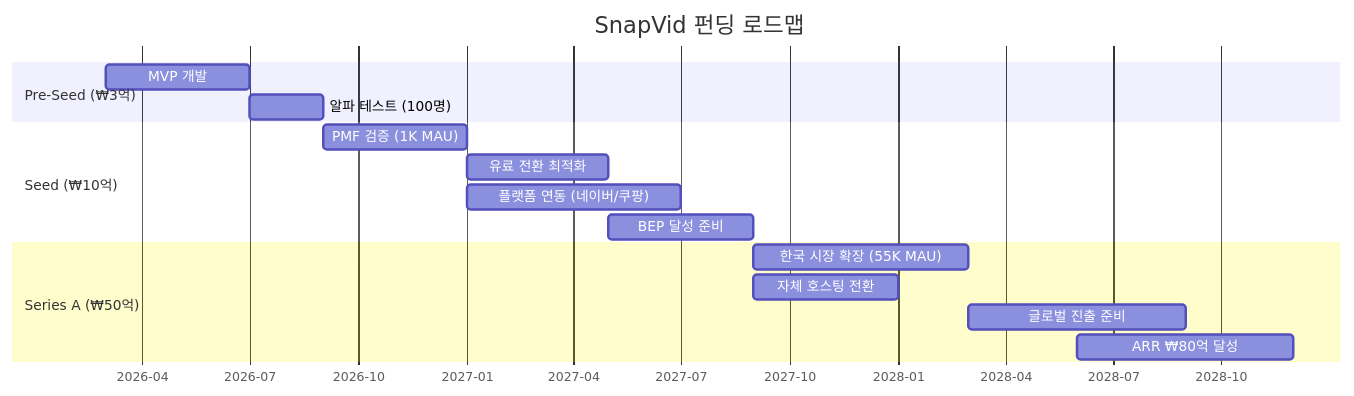
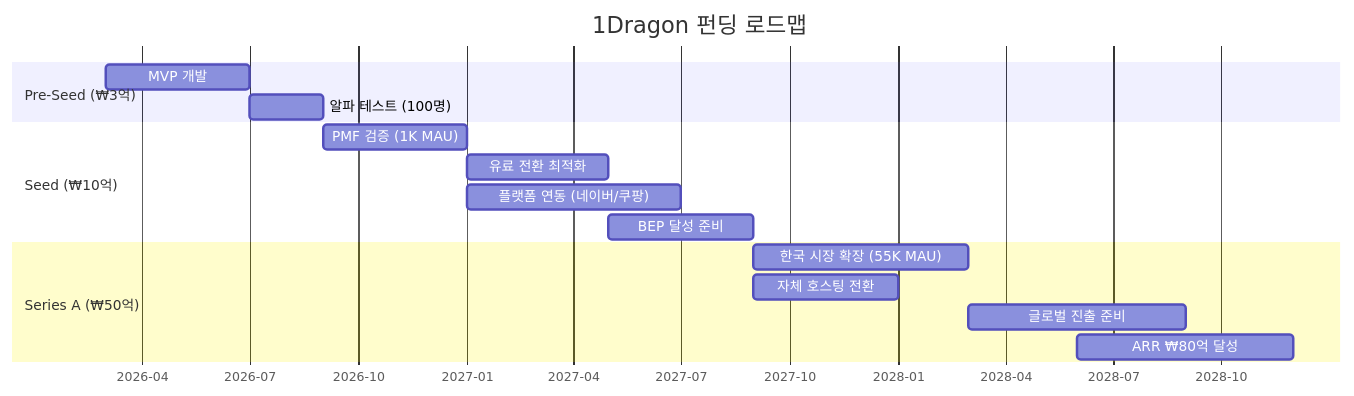
One commit to inchan/1dragon changed the third of 3 diagrams in docs/02-strategy/BUSINESS_MODEL.md. Above: the diagram before and after it, drawn with Mermaid. The commit also changed other lines of this file and 182 other files, not shown here.

````diff
--- a/docs/02-strategy/BUSINESS_MODEL.md
+++ b/docs/02-strategy/BUSINESS_MODEL.md
@@ -502,22 +502,22 @@
 ```mermaid
 gantt
-    title SnapVid 펀딩 로드맵
+    title 1Dragon 펀딩 로드맵
     dateFormat YYYY-MM
     axisFormat %Y-%m
 
     section Pre-Seed (₩3억)
     MVP 개발           :a1, 2026-03, 4M
     알파 테스트 (100명)  :a2, after a1, 2M
 
     section Seed (₩10억)
     PMF 검증 (1K MAU)    :b1, 2026-09, 4M
     유료 전환 최적화       :b2, after b1, 4M
     플랫폼 연동 (네이버/쿠팡) :b3, after b1, 6M
     BEP 달성 준비         :b4, after b2, 4M
 
     section Series A (₩50억)
     한국 시장 확장 (55K MAU) :c1, 2027-09, 6M
     자체 호스팅 전환        :c2, 2027-09, 4M
     글로벌 진출 준비        :c3, 2028-03, 6M
     ARR ₩80억 달성        :c4, 2028-06, 6M
 ```
````
